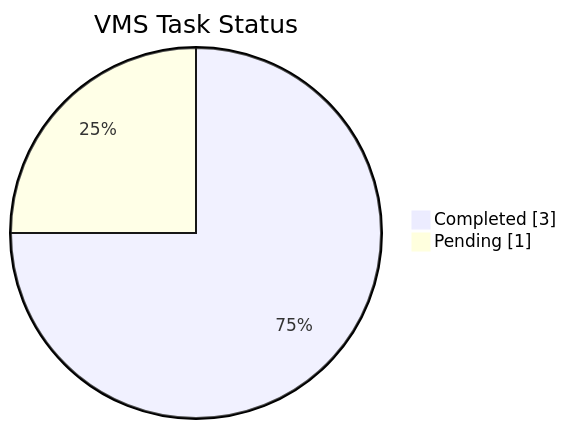
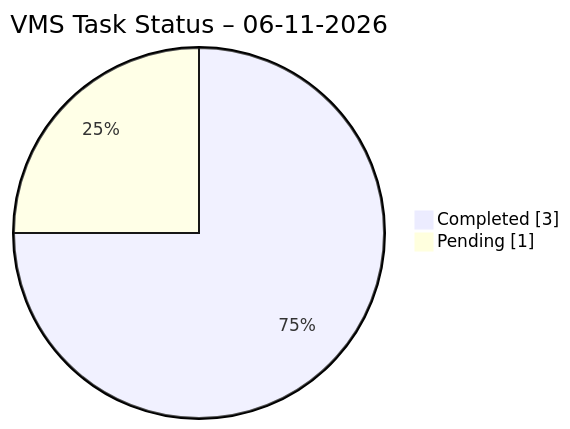
One commit to Realityspeaker/My-Work-Diary changed the third of 4 diagrams in VMS/Analytics.md. Above: the diagram before and after it, drawn with Mermaid. The commit also changed other lines of this file, not shown here.

First line of the commit message:
Revise VMS analytics for 18 November 2026

````diff
--- a/VMS/Analytics.md
+++ b/VMS/Analytics.md
@@ -14,6 +72,6 @@
 ```mermaid
 pie showData
-    title VMS Task Status
+    title VMS Task Status – 06-11-2026
     "Completed" : 3
     "Pending" : 1
 ```
````
